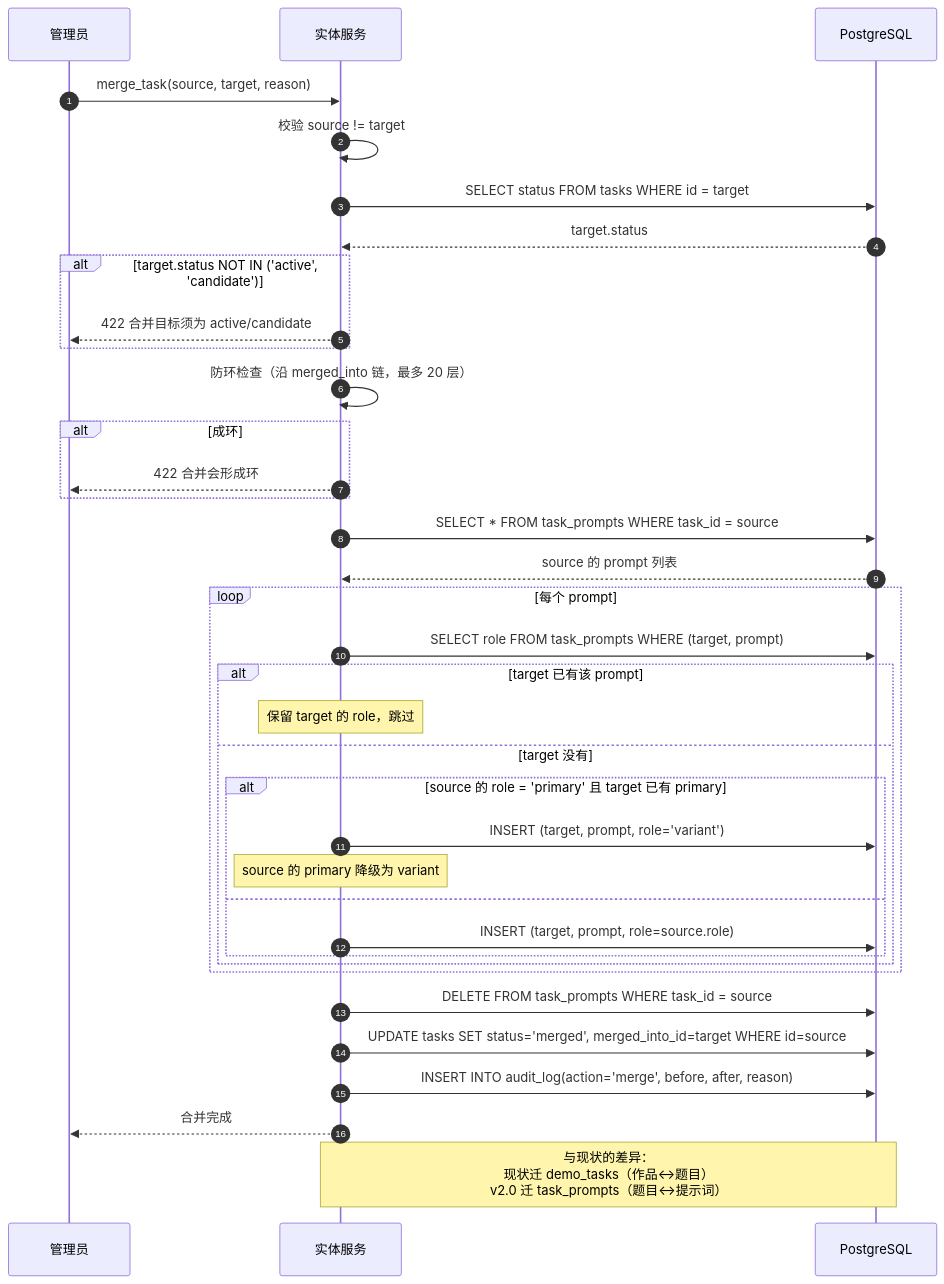
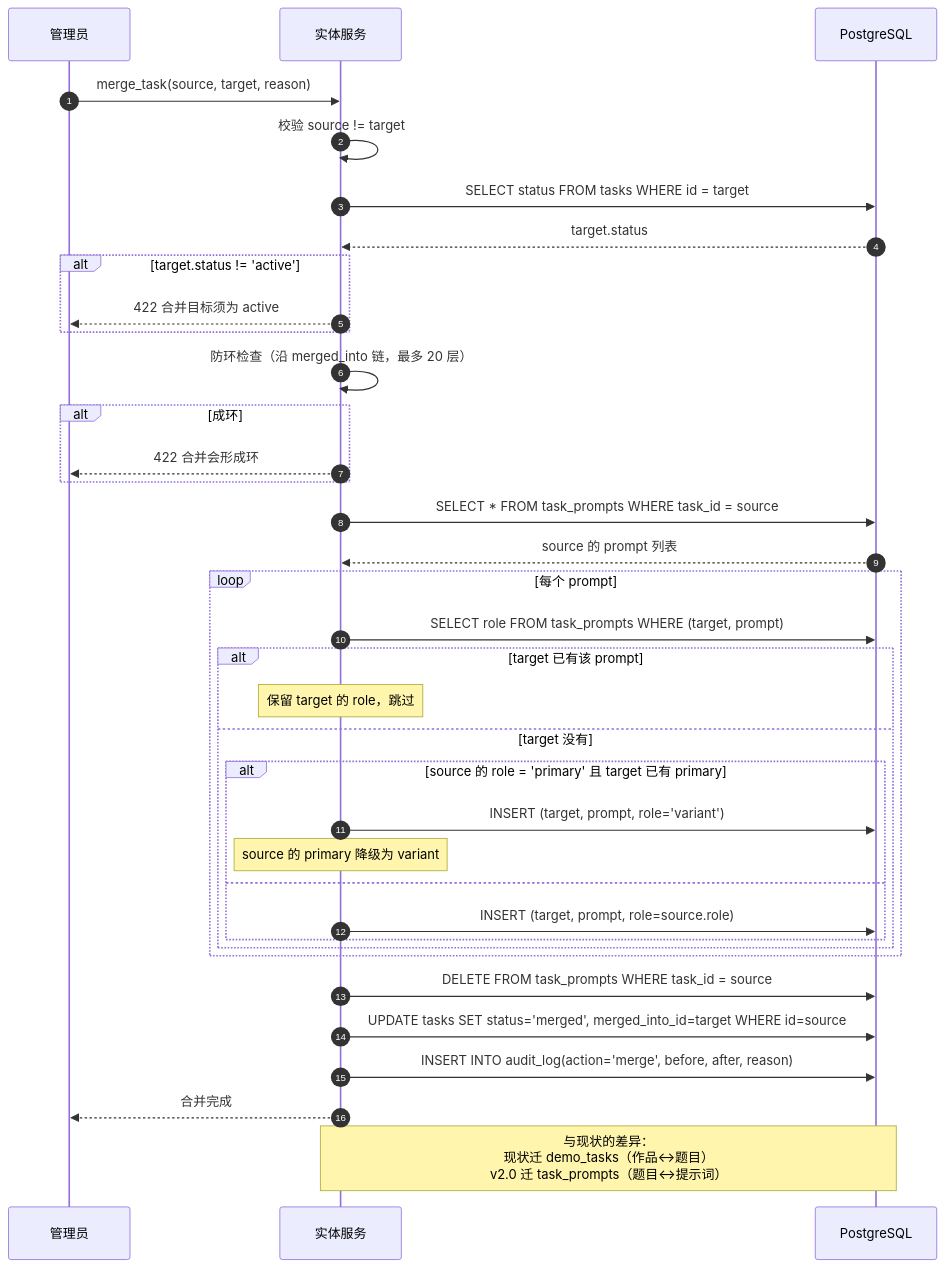
One commit to deepdemos/ds-demos-showcase changed the ninth of 22 diagrams in docs/实体域UML图集.md. Above: the diagram before and after it, drawn with Mermaid. The commit also changed other lines of this file and 36 other files, not shown here.

````diff
--- a/docs/实体域UML图集.md
+++ b/docs/实体域UML图集.md
@@ -564,44 +915,44 @@
 ```mermaid
 sequenceDiagram
     autonumber
     participant A as 管理员
     participant SVC as 实体服务
     participant DB as PostgreSQL
 
     A->>SVC: merge_task(source, target, reason)
     SVC->>SVC: 校验 source != target
     SVC->>DB: SELECT status FROM tasks WHERE id = target
     DB-->>SVC: target.status
-    alt target.status NOT IN ('active', 'candidate')
-        SVC-->>A: 422 合并目标须为 active/candidate
+    alt target.status != 'active'
+        SVC-->>A: 422 合并目标须为 active
     end
 
     SVC->>SVC: 防环检查（沿 merged_into 链，最多 20 层）
     alt 成环
         SVC-->>A: 422 合并会形成环
     end
 
     SVC->>DB: SELECT * FROM task_prompts WHERE task_id = source
     DB-->>SVC: source 的 prompt 列表
 
     loop 每个 prompt
         SVC->>DB: SELECT role FROM task_prompts WHERE (target, prompt)
         alt target 已有该 prompt
             Note over SVC: 保留 target 的 role，跳过
         else target 没有
             alt source 的 role = 'primary' 且 target 已有 primary
                 SVC->>DB: INSERT (target, prompt, role='variant')
                 Note over SVC: source 的 primary 降级为 variant
             else
                 SVC->>DB: INSERT (target, prompt, role=source.role)
             end
         end
     end
 
     SVC->>DB: DELETE FROM task_prompts WHERE task_id = source
     SVC->>DB: UPDATE tasks SET status='merged', merged_into_id=target WHERE id=source
     SVC->>DB: INSERT INTO audit_log(action='merge', before, after, reason)
     SVC-->>A: 合并完成
 
     Note over SVC,DB: 与现状的差异：<br/>现状迁 demo_tasks（作品↔题目）<br/>v2.0 迁 task_prompts（题目↔提示词）
 ```
````
